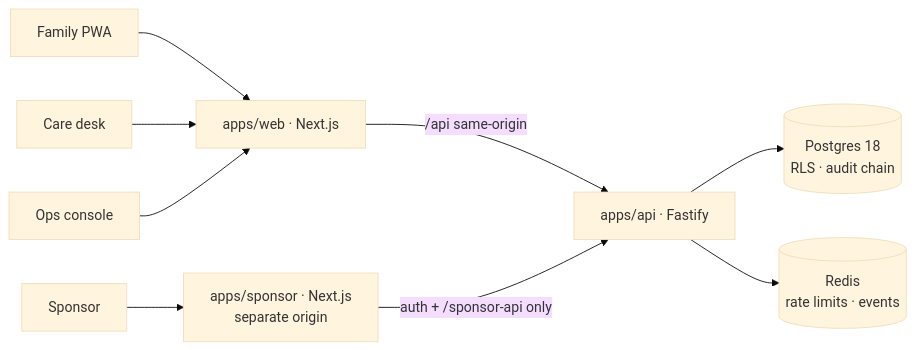
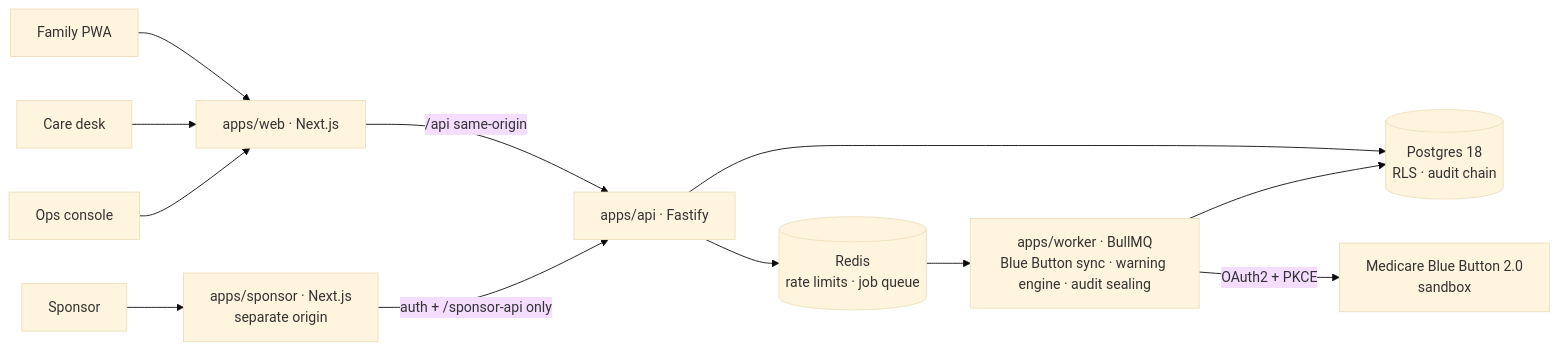
The diagram in README.md (Aaditya1273/Tomoni), drawn with Mermaid (base theme) before and after one commit. The commit also changed other lines of this file and 5 other files, not shown here.

````diff
--- a/README.md
+++ b/README.md
@@ -48,9 +50,12 @@
 ```mermaid
 flowchart LR
   F[Family PWA] & D[Care desk] & O[Ops console] --> WEB[apps/web · Next.js]
   S[Sponsor] --> SP[apps/sponsor · Next.js<br/>separate origin]
   WEB -->|/api same-origin| API[apps/api · Fastify]
   SP -->|auth + /sponsor-api only| API
   API --> PG[(Postgres 18<br/>RLS · audit chain)]
-  API --> RD[(Redis<br/>rate limits · events)]
+  API --> RD[(Redis<br/>rate limits · job queue)]
+  RD --> WK[apps/worker · BullMQ<br/>Blue Button sync · warning engine · audit sealing]
+  WK --> PG
+  WK -->|OAuth2 + PKCE| BB[Medicare Blue Button 2.0<br/>sandbox]
 ```
````
